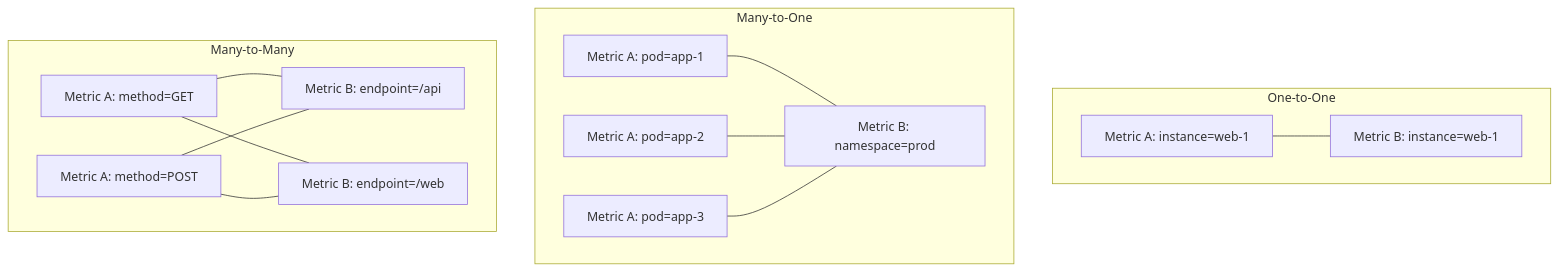
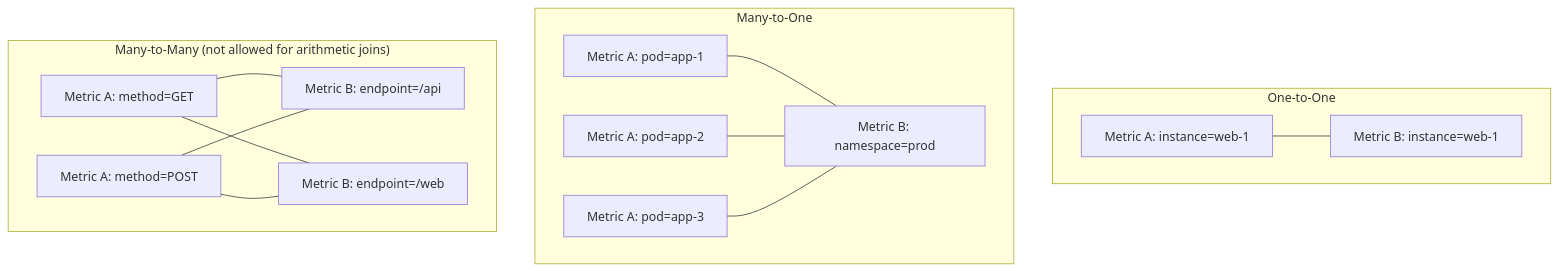
One commit to OneUptime/blog changed the first of 2 diagrams in posts/2025-12-17-prometheus-join-two-metrics/README.md. Above: the diagram before and after it, drawn with Mermaid. The commit also changed other lines of this file and 2 other files, not shown here.

````diff
--- a/posts/2025-12-17-prometheus-join-two-metrics/README.md
+++ b/posts/2025-12-17-prometheus-join-two-metrics/README.md
@@ -17,19 +17,19 @@
 ```mermaid
 flowchart TB
     subgraph "One-to-One"
         A1[Metric A: instance=web-1] --- B1[Metric B: instance=web-1]
     end
 
     subgraph "Many-to-One"
         A2[Metric A: pod=app-1] --- B2[Metric B: namespace=prod]
         A3[Metric A: pod=app-2] --- B2
         A4[Metric A: pod=app-3] --- B2
     end
 
-    subgraph "Many-to-Many"
+    subgraph "Many-to-Many (not allowed for arithmetic joins)"
         A5[Metric A: method=GET] --- B3[Metric B: endpoint=/api]
         A5 --- B4[Metric B: endpoint=/web]
         A6[Metric A: method=POST] --- B3
         A6 --- B4
     end
 ```
````
